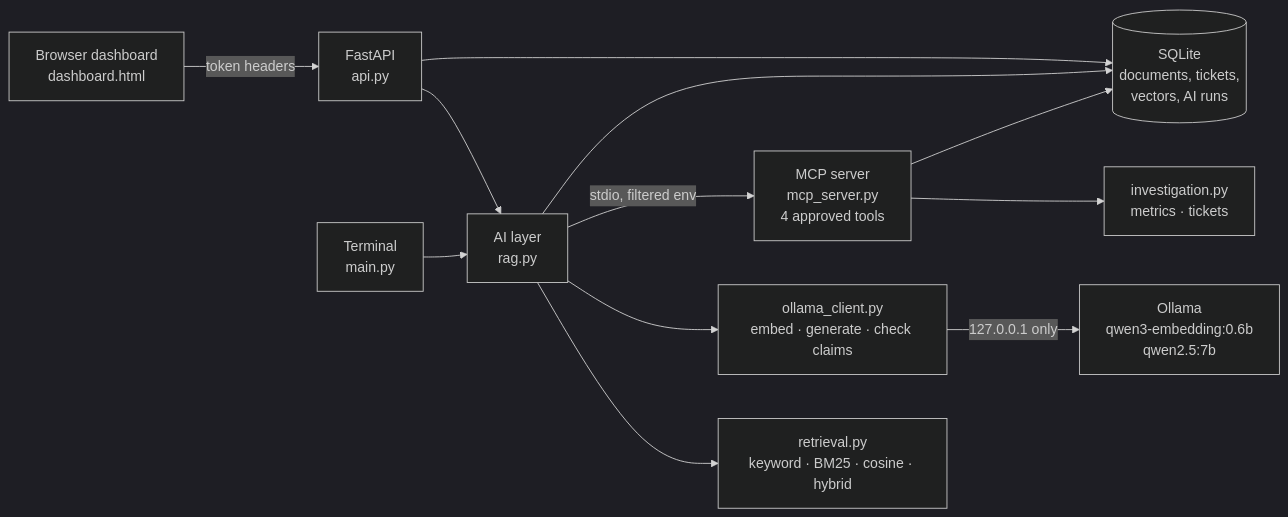
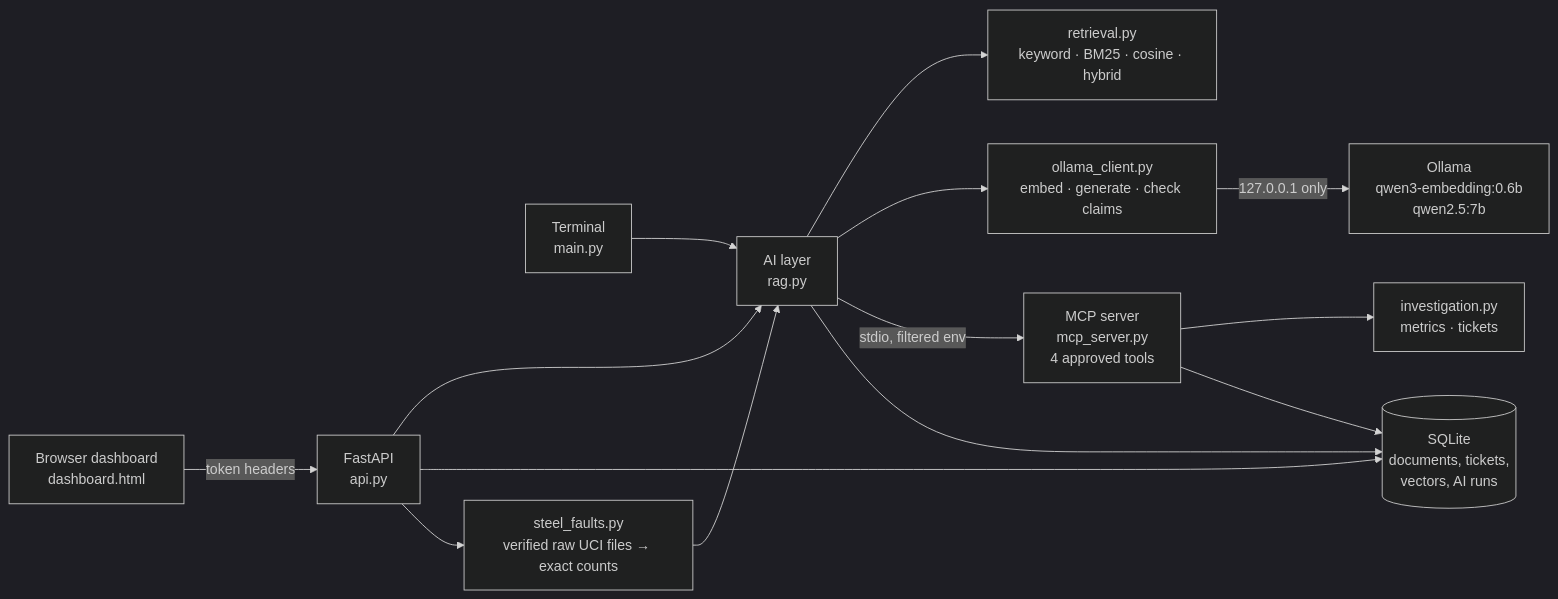
Before and after one commit to manideepreddyyanala4-svg/LLM-RAG: the diagram in README.md, drawn with Mermaid (dark theme). The commit also changed other lines of this file and 4 other files, not shown here.

Commit message:
Finish UCI steel dashboard, independent checks, and learning guide

````diff
--- a/README.md
+++ b/README.md
@@ -59,14 +60,16 @@
 ```mermaid
 flowchart LR
     U[Browser dashboard<br/>dashboard.html] -->|token headers| A[FastAPI<br/>api.py]
     CLI[Terminal<br/>main.py] --> R
     A --> R[AI layer<br/>rag.py]
     A --> D[(SQLite<br/>documents, tickets,<br/>vectors, AI runs)]
+    A --> S[steel_faults.py<br/>verified raw UCI files → exact counts]
+    S --> R
     R --> RT[retrieval.py<br/>keyword · BM25 · cosine · hybrid]
     R --> OC[ollama_client.py<br/>embed · generate · check claims]
     OC -->|127.0.0.1 only| O[Ollama<br/>qwen3-embedding:0.6b<br/>qwen2.5:7b]
     R -->|stdio, filtered env| M[MCP server<br/>mcp_server.py<br/>4 approved tools]
     M --> I[investigation.py<br/>metrics · tickets]
     M --> D
     R --> D
 ```
````
